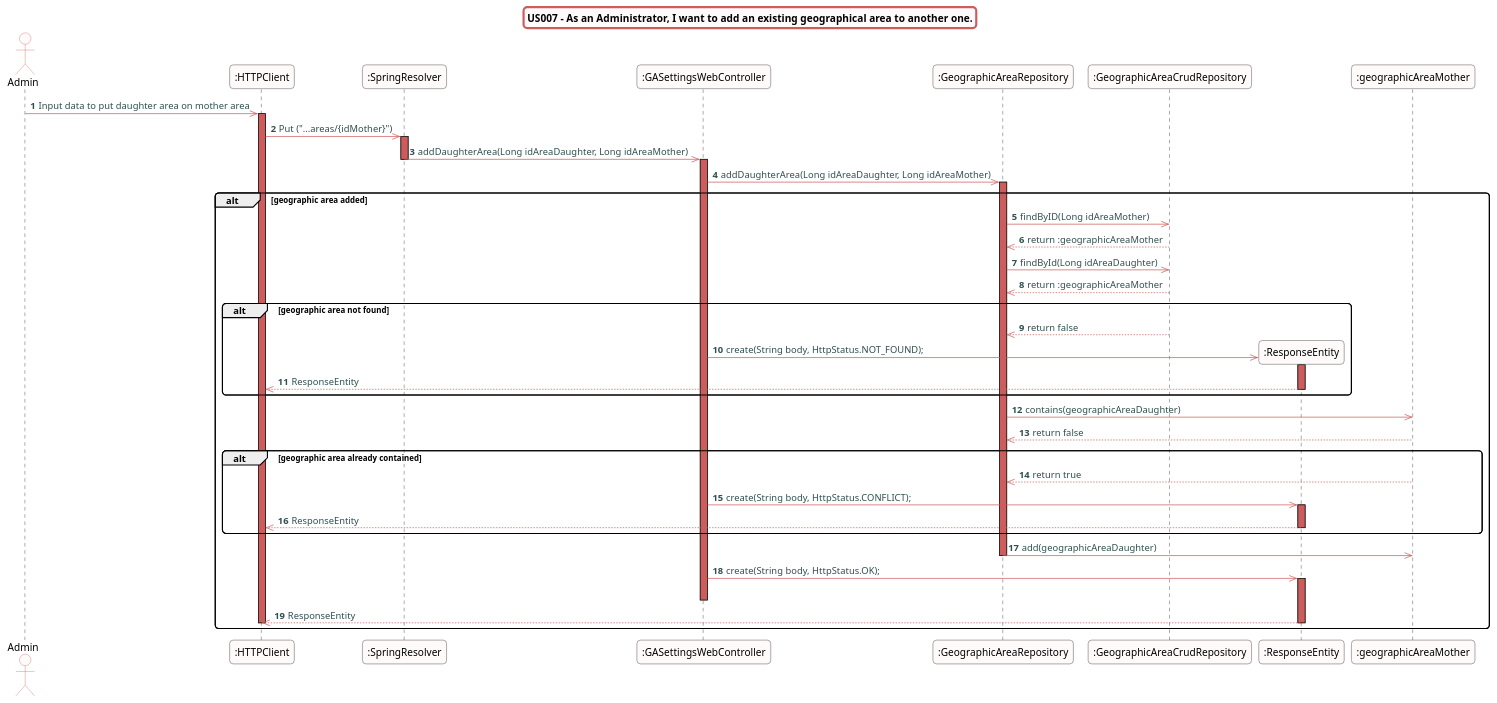
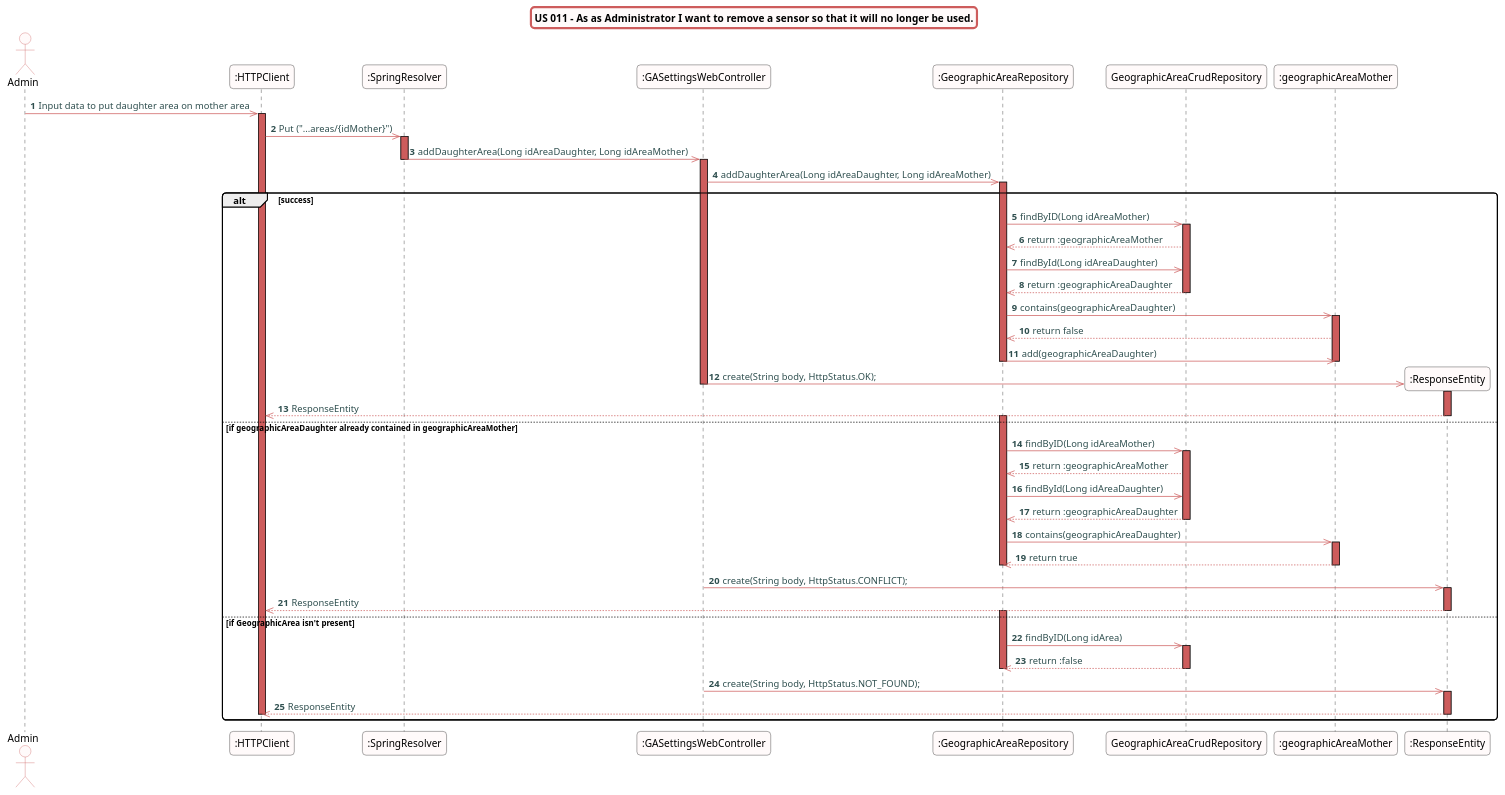
Before and after one commit to Almadanmp/project: the diagram in src/doc/WEB_Controllers/GASettings/US007/US007_sd_GASettingsWebController.puml, drawn with PlantUML. The commit also changed 1 other file, not shown here.

Commit message:
REF#349 delete Hateos added to us10 + sequence diagram update

```diff
--- a/src/doc/WEB_Controllers/GASettings/US007/US007_sd_GASettingsWebController.puml
+++ b/src/doc/WEB_Controllers/GASettings/US007/US007_sd_GASettingsWebController.puml
@@ -1,73 +1,93 @@
 @startuml
 skinparam titleBorderRoundCorner 10
 skinparam titleBorderThickness 3
 skinparam titleBorderColor indianred
 skinparam titleBackgroundColor snow
 skinparam FontName quicksand
 
 skinparam actor {
  	BorderColor indianred
  	backgroundColor Snow
  	}
 
  skinparam sequence {
  	LifeLineBackgroundColor indianred
  	ParticipantBackgroundColor snow
 }
 
  skinparam roundcorner 10
 
  skinparam component {
    arrowThickness 1
    ArrowFontName Verdana
    ArrowColor indianred
    ArrowFontColor darkslategrey
  }
-title US007 - As an Administrator, I want to add an existing geographical area to another one.
+title US 011 - As as Administrator I want to remove a sensor so that it will no longer be used.
 autonumber
 actor "Admin"
 "Admin" ->> ":HTTPClient":  Input data to put daughter area on mother area
 activate ":HTTPClient"
 ":HTTPClient" ->> ":SpringResolver": Put ("...areas/{idMother}")
 activate ":SpringResolver"
 ":SpringResolver" ->> ":GASettingsWebController": addDaughterArea(Long idAreaDaughter, Long idAreaMother)
 deactivate ":SpringResolver"
 activate ":GASettingsWebController"
 ":GASettingsWebController" ->> ":GeographicAreaRepository": addDaughterArea(Long idAreaDaughter, Long idAreaMother)
-alt geographic area added
+alt success
 activate ":GeographicAreaRepository"
-":GeographicAreaRepository" ->> ":GeographicAreaCrudRepository": findByID(Long idAreaMother)
-":GeographicAreaCrudRepository" -->> ":GeographicAreaRepository": return :geographicAreaMother
-":GeographicAreaRepository" ->> ":GeographicAreaCrudRepository": findById(Long idAreaDaughter)
-":GeographicAreaCrudRepository" -->> ":GeographicAreaRepository": return :geographicAreaMother
-alt geographic area not found
-":GeographicAreaCrudRepository" -->> ":GeographicAreaRepository": return false
+":GeographicAreaRepository" ->> "GeographicAreaCrudRepository": findByID(Long idAreaMother)
+activate "GeographicAreaCrudRepository"
+"GeographicAreaCrudRepository" -->> ":GeographicAreaRepository": return :geographicAreaMother
+":GeographicAreaRepository" ->> "GeographicAreaCrudRepository": findById(Long idAreaDaughter)
+"GeographicAreaCrudRepository" -->> ":GeographicAreaRepository": return :geographicAreaDaughter
+deactivate "GeographicAreaCrudRepository"
+
+":GeographicAreaRepository" ->> ":geographicAreaMother": contains(geographicAreaDaughter)
+activate ":geographicAreaMother"
+":geographicAreaMother" -->> ":GeographicAreaRepository": return false
+":GeographicAreaRepository" ->> ":geographicAreaMother": add(geographicAreaDaughter)
+deactivate ":geographicAreaMother"
+deactivate ":GeographicAreaRepository"
 create ":ResponseEntity"
-":GASettingsWebController" ->> ":ResponseEntity": create(String body, HttpStatus.NOT_FOUND);
+":GASettingsWebController" ->> ":ResponseEntity": create(String body, HttpStatus.OK);
 activate ":ResponseEntity"
+deactivate ":GASettingsWebController"
 ":ResponseEntity" -->> ":HTTPClient": ResponseEntity
 deactivate ":ResponseEntity"
-end
+else if geographicAreaDaughter already contained in geographicAreaMother
+activate ":GeographicAreaRepository"
+
+":GeographicAreaRepository" ->> "GeographicAreaCrudRepository": findByID(Long idAreaMother)
+activate "GeographicAreaCrudRepository"
+"GeographicAreaCrudRepository" -->> ":GeographicAreaRepository": return :geographicAreaMother
+":GeographicAreaRepository" ->> "GeographicAreaCrudRepository": findById(Long idAreaDaughter)
+"GeographicAreaCrudRepository" -->> ":GeographicAreaRepository": return :geographicAreaDaughter
+deactivate "GeographicAreaCrudRepository"
 ":GeographicAreaRepository" ->> ":geographicAreaMother": contains(geographicAreaDaughter)
-":geographicAreaMother" -->> ":GeographicAreaRepository": return false
-alt geographic area already contained
+activate ":geographicAreaMother"
 ":geographicAreaMother" -->> ":GeographicAreaRepository": return true
+deactivate ":geographicAreaMother"
+deactivate ":GeographicAreaRepository"
 ":GASettingsWebController" ->> ":ResponseEntity": create(String body, HttpStatus.CONFLICT);
 activate ":ResponseEntity"
 ":ResponseEntity" -->> ":HTTPClient": ResponseEntity
 deactivate ":ResponseEntity"
-end
-":GeographicAreaRepository" ->> ":geographicAreaMother": add(geographicAreaDaughter)
+else if GeographicArea isn't present
+activate ":GeographicAreaRepository"
+
+":GeographicAreaRepository" ->> "GeographicAreaCrudRepository": findByID(Long idArea)
+activate "GeographicAreaCrudRepository"
+"GeographicAreaCrudRepository" -->> ":GeographicAreaRepository": return :false
+deactivate "GeographicAreaCrudRepository"
 deactivate ":GeographicAreaRepository"
+":GASettingsWebController" ->> ":ResponseEntity": create(String body, HttpStatus.NOT_FOUND);
+activate ":ResponseEntity"
 
-":GASettingsWebController" ->> ":ResponseEntity": create(String body, HttpStatus.OK);
-activate ":ResponseEntity"
-deactivate ":GASettingsWebController"
 ":ResponseEntity" -->> ":HTTPClient": ResponseEntity
-
+deactivate ":HTTPClient"
 deactivate ":ResponseEntity"
-deactivate ":HTTPClient"
 end
 
 
 @enduml
```
